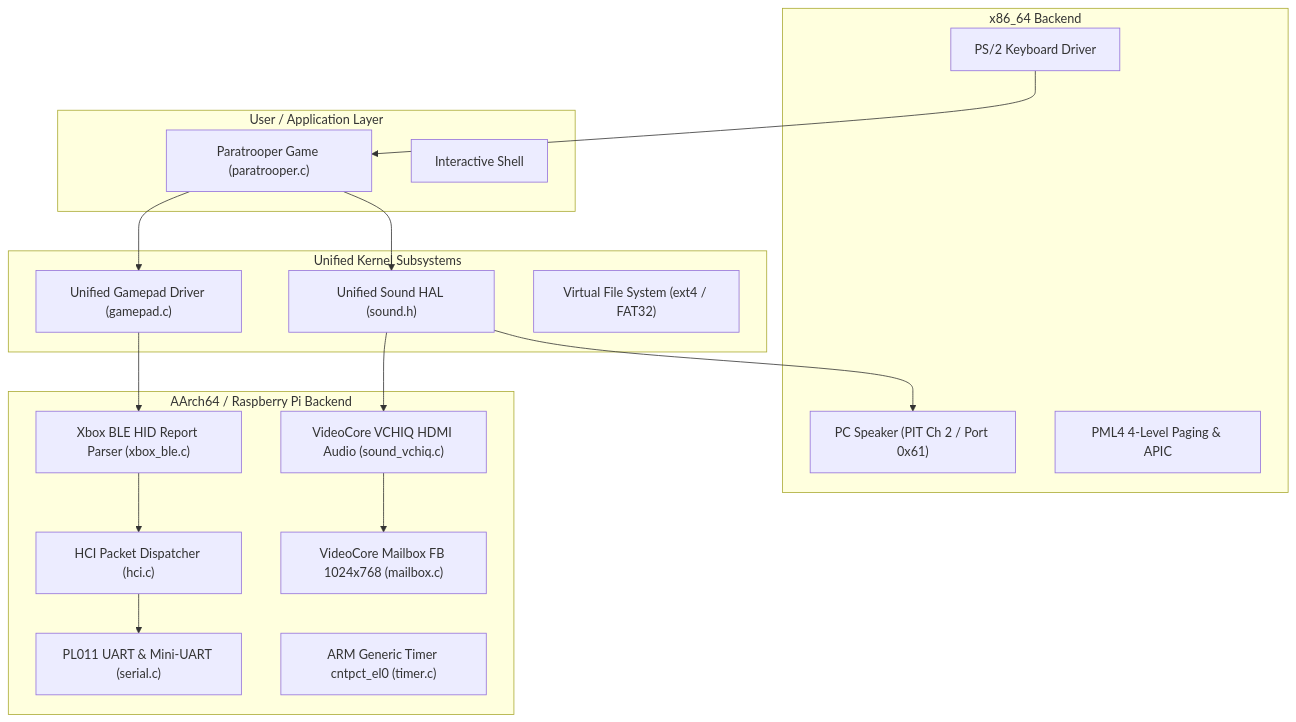
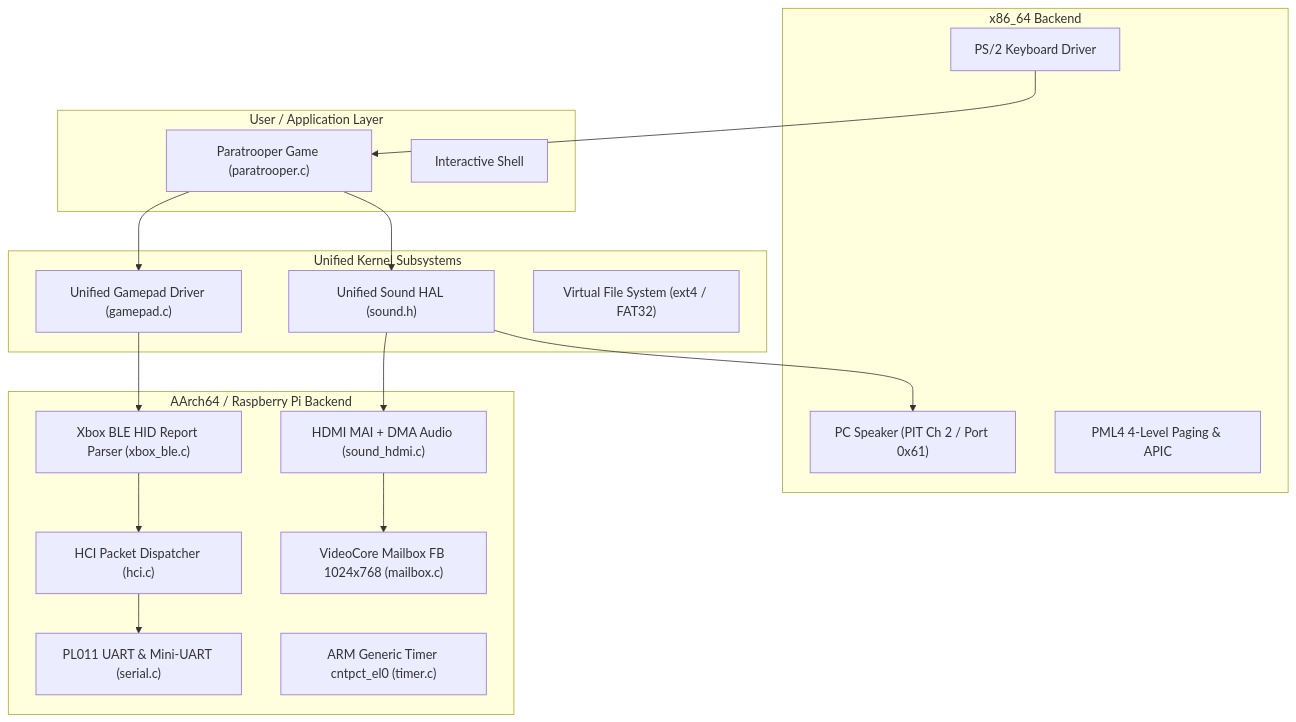
One commit to priyanr/AGOS changed the first of 2 diagrams in docs/arm_ble_xbox_roadmap.md. Above: the diagram before and after it, drawn with Mermaid. The commit also changed other lines of this file and 11 other files, not shown here.

First line of the commit message:
feat(ble,audio): Xbox controller pairing + GATT, real HDMI audio driver

````diff
--- a/docs/arm_ble_xbox_roadmap.md
+++ b/docs/arm_ble_xbox_roadmap.md
@@ -11,39 +11,39 @@
 ```mermaid
 flowchart TD
     subgraph User / Application Layer
         PT["Paratrooper Game (paratrooper.c)"]
         SH["Interactive Shell"]
     end
 
     subgraph Unified Kernel Subsystems
         GP_HAL["Unified Gamepad Driver (gamepad.c)"]
         SND_HAL["Unified Sound HAL (sound.h)"]
         VFS["Virtual File System (ext4 / FAT32)"]
     end
 
     subgraph x86_64 Backend
         KBD_X86["PS/2 Keyboard Driver"]
         SPK_X86["PC Speaker (PIT Ch 2 / Port 0x61)"]
         VMM_X86["PML4 4-Level Paging & APIC"]
     end
 
     subgraph AArch64 / Raspberry Pi Backend
         HCI["HCI Packet Dispatcher (hci.c)"]
         BLE_XBOX["Xbox BLE HID Report Parser (xbox_ble.c)"]
-        VCHIQ_SND["VideoCore VCHIQ HDMI Audio (sound_vchiq.c)"]
+        VCHIQ_SND["HDMI MAI + DMA Audio (sound_hdmi.c)"]
         MBOX_FB["VideoCore Mailbox FB 1024x768 (mailbox.c)"]
         PL011["PL011 UART & Mini-UART (serial.c)"]
         TIMER_ARM["ARM Generic Timer cntpct_el0 (timer.c)"]
     end
 
     %% Wiring
     PT --> GP_HAL
     PT --> SND_HAL
     GP_HAL --> BLE_XBOX
     BLE_XBOX --> HCI
     HCI --> PL011
     SND_HAL --> SPK_X86
     SND_HAL --> VCHIQ_SND
     VCHIQ_SND --> MBOX_FB
     KBD_X86 --> PT
 ```
````
